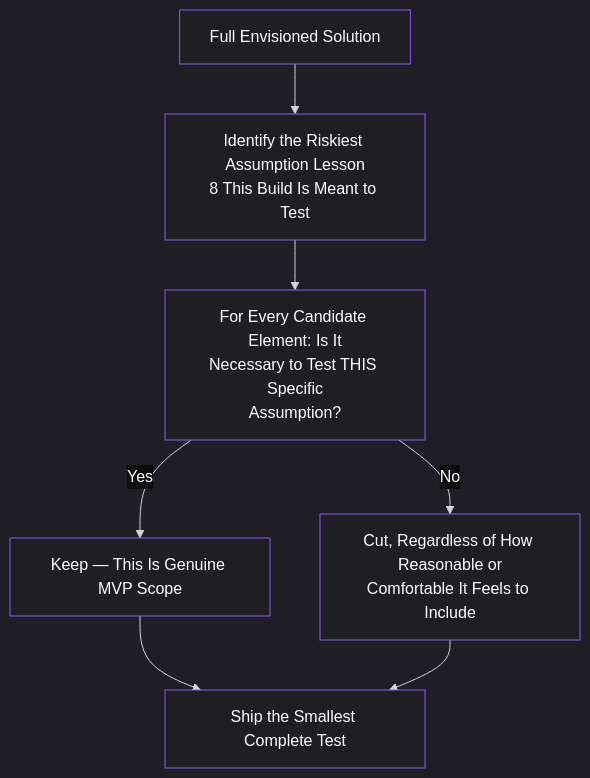
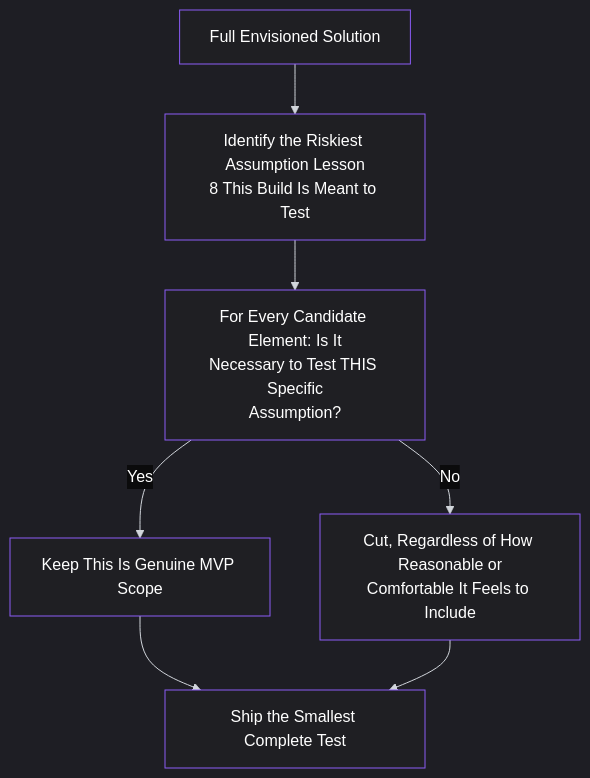
Before and after one commit to pmacademy-app/web: the third of 3 diagrams in content/lessons/lesson-021.md, drawn with Mermaid. The commit also changed other lines of this file and 90 other files, not shown here.

````diff
--- a/content/lessons/lesson-021.md
+++ b/content/lessons/lesson-021.md
@@ -191,39 +191,39 @@
 ```mermaid
 %%{init: {
   "theme": "dark",
   "themeVariables": {
     "background": "#0b0b0c",
     "primaryColor": "#1f1f23",
     "primaryTextColor": "#ffffff",
     "primaryBorderColor": "#8b5cf6",
     "lineColor": "#d1d5db",
     "secondaryColor": "#18181b",
     "tertiaryColor": "#111111",
     "mainBkg": "#1f1f23",
     "nodeBorder": "#8b5cf6",
     "clusterBkg": "#000000",
     "clusterBorder": "#27272a",
     "titleColor": "#ffffff",
     "edgeLabelBackground": "#0b0b0c",
     "nodeTextColor": "#ffffff",
     "edgeLabelColor": "#ffffff",
     "actorBorder": "#8b5cf6",
     "actorBkg": "#1f1f23",
     "actorTextColor": "#ffffff",
     "sequenceNumberColor": "#ffffff",
     "signalColor": "#8b5cf6",
     "signalTextColor": "#ffffff",
     "textColor": "#ffffff",
     "classText": "#ffffff",
     "classBorder": "#8b5cf6",
     "classBkg": "#1f1f23"
   }
 }}%%
 graph TD
     A[Full Envisioned Solution] --> B[Identify the Riskiest Assumption Lesson<br/>8 This Build Is Meant to Test]
     B --> C[For Every Candidate Element: Is It<br/>Necessary to Test THIS Specific<br/>Assumption?]
-    C -->|Yes| D[Keep — This Is Genuine MVP Scope]
+    C -->|Yes| D[Keep This Is Genuine MVP Scope]
     C -->|No| E[Cut, Regardless of How Reasonable or<br/>Comfortable It Feels to Include]
     D --> F[Ship the Smallest Complete Test]
     E --> F
 ```
````
